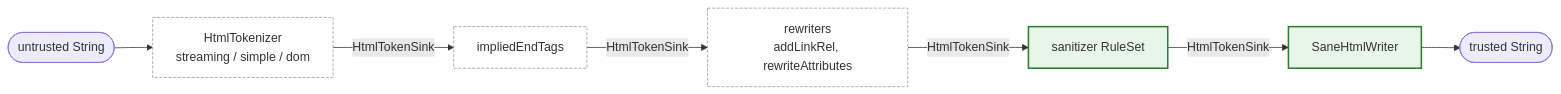
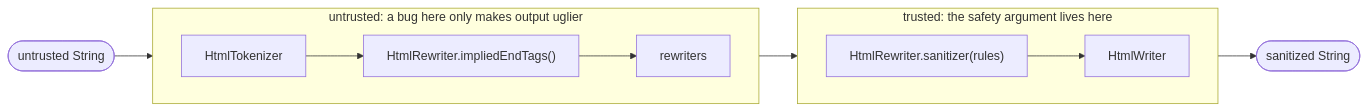
Before and after one commit to jonasfj/dart-neats: the diagram in sanitize_html/doc/design.md, drawn with Mermaid. The commit also changed other lines of this file and 24 other files, not shown here.

First line of the commit message:
sanitize_html: HtmlRewriter, ElementRule, HtmlWriter, single library

````diff
--- a/sanitize_html/doc/design.md
+++ b/sanitize_html/doc/design.md
@@ -25,17 +25,16 @@
 ```mermaid
 flowchart LR
     in([untrusted String])
-    tok[HtmlTokenizer<br/>streaming / simple / dom]
-    iet[impliedEndTags]
-    rw[rewriters<br/>addLinkRel, rewriteAttributes]
-    san[sanitizer RuleSet]
-    w[SaneHtmlWriter]
-    out([trusted String])
-
-    in --> tok -->|HtmlTokenSink| iet -->|HtmlTokenSink| rw -->|HtmlTokenSink| san -->|HtmlTokenSink| w --> out
-
-    classDef untrusted fill:#fff,stroke:#999,stroke-dasharray: 4 2
-    classDef trusted fill:#e8f5e9,stroke:#2e7d32,stroke-width:2px
-    class tok,iet,rw untrusted
-    class san,w trusted
+    subgraph U[untrusted: a bug here only makes output uglier]
+        direction LR
+        tok[HtmlTokenizer] --> iet["HtmlRewriter.impliedEndTags()"] --> rw[rewriters]
+    end
+    subgraph T[trusted: the safety argument lives here]
+        direction LR
+        san["HtmlRewriter.sanitizer(rules)"] --> w[HtmlWriter]
+    end
+    out([sanitized String])
+    in --> tok
+    rw --> san
+    w --> out
 ```
````
